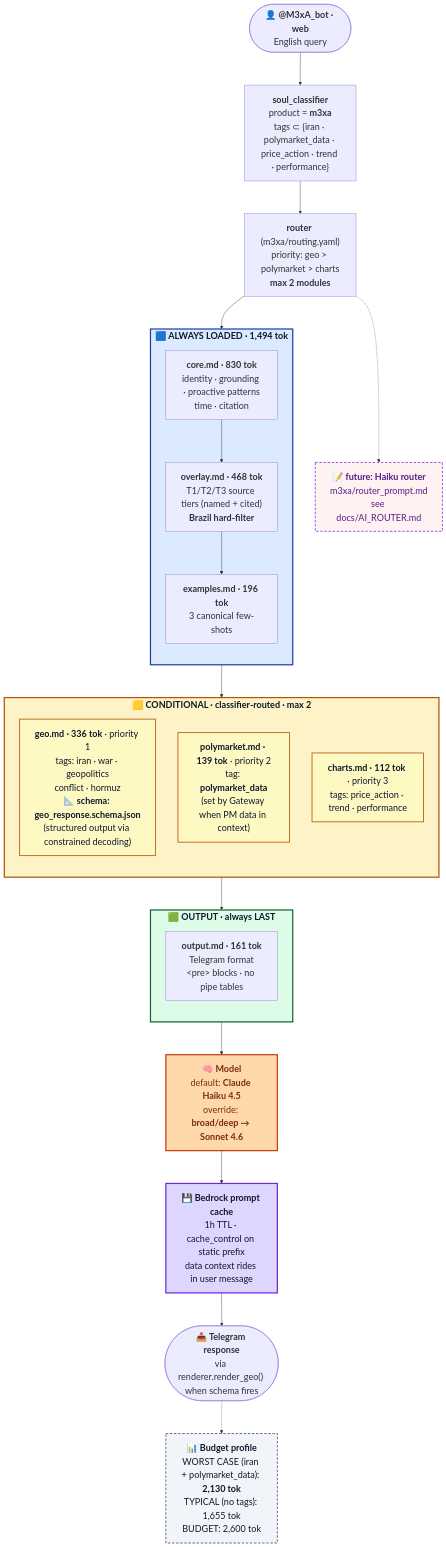
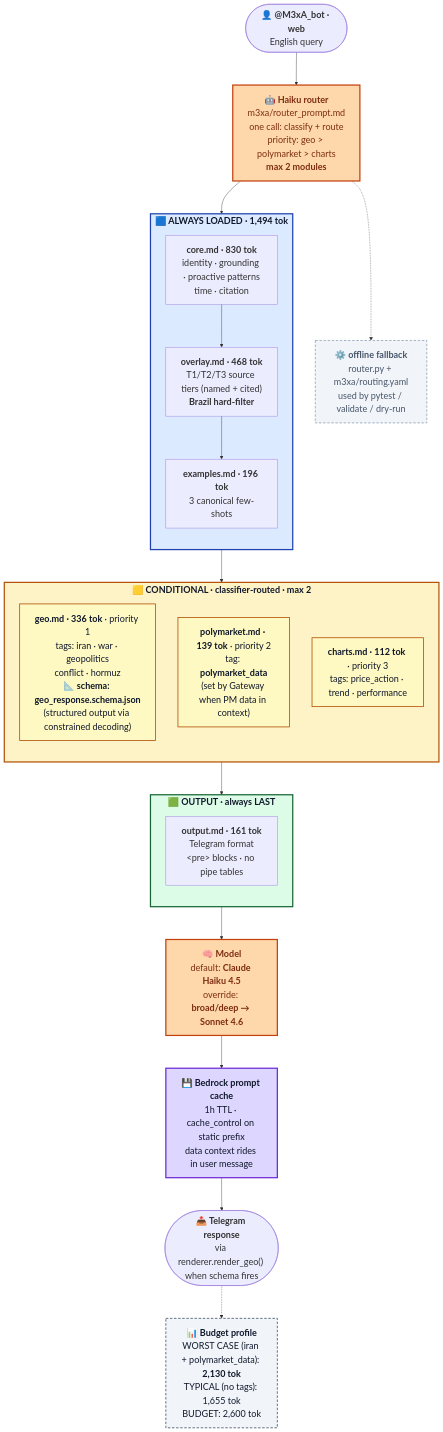
Before and after one commit to prcodex/version3-: the second of 3 diagrams in README.md, drawn with Mermaid. The commit also changed other lines of this file and 6 other files, not shown here.

````diff
--- a/README.md
+++ b/README.md
@@ -109,59 +112,58 @@
 ```mermaid
 %%{init: {'theme': 'default', 'themeVariables': {'fontSize': '22px', 'fontFamily': 'Inter, system-ui, -apple-system, sans-serif'}, 'flowchart': {'htmlLabels': true, 'curve': 'basis', 'nodeSpacing': 55, 'rankSpacing': 80, 'padding': 18}}}%%
 flowchart TB
-    BOT(["<b>👤 @M3xA_bot · web</b><br/>English query"]) --> CLS["<b>soul_classifier</b><br/>product = <b>m3xa</b><br/>tags ⊂ {iran · polymarket_data · price_action · trend · performance}"]
-    CLS --> RTR["<b>router</b> (m3xa/routing.yaml)<br/>priority: geo &gt; polymarket &gt; charts<br/><b>max 2 modules</b>"]
-    RTR -.-> FUT["<b>📝 future: Haiku router</b><br/>m3xa/router_prompt.md<br/>see docs/AI_ROUTER.md"]
+    BOT(["<b>👤 @M3xA_bot · web</b><br/>English query"]) --> RTR["<b>🤖 Haiku router</b><br/>m3xa/router_prompt.md<br/>one call: classify + route<br/>priority: geo &gt; polymarket &gt; charts<br/><b>max 2 modules</b>"]
+    RTR -.-> FALL["<b>⚙️ offline fallback</b><br/>router.py + m3xa/routing.yaml<br/>used by pytest / validate / dry-run"]
 
     subgraph ALWAYS["<b>🟦 ALWAYS LOADED · 1,494 tok</b>"]
         direction TB
         A1["<b>core.md · 830 tok</b><br/>identity · grounding · proactive patterns<br/>time · citation"]
         A2["<b>overlay.md · 468 tok</b><br/>T1/T2/T3 source tiers (named + cited)<br/><b>Brazil hard-filter</b>"]
         A3["<b>examples.md · 196 tok</b><br/>3 canonical few-shots"]
         A1 --> A2 --> A3
     end
 
     subgraph COND["<b>🟨 CONDITIONAL · classifier-routed · max 2</b>"]
         direction TB
         G["<b>geo.md · 336 tok</b> · priority 1<br/>tags: iran · war · geopolitics<br/>conflict · hormuz<br/><b>📐 schema: geo_response.schema.json</b><br/>(structured output via constrained decoding)"]
         P["<b>polymarket.md · 139 tok</b> · priority 2<br/>tag: <b>polymarket_data</b><br/>(set by Gateway when PM data in context)"]
         CH["<b>charts.md · 112 tok</b> · priority 3<br/>tags: price_action · trend · performance"]
     end
 
     subgraph OUTBLK["<b>🟩 OUTPUT · always LAST</b>"]
         direction TB
         OUT["<b>output.md · 161 tok</b><br/>Telegram format<br/>&lt;pre&gt; blocks · no pipe tables"]
     end
 
     RTR --> ALWAYS
     ALWAYS --> COND
     COND --> OUTBLK
     OUTBLK --> MODEL["<b>🧠 Model</b><br/>default: <b>Claude Haiku 4.5</b><br/>override: <b>broad/deep → Sonnet 4.6</b>"]
     MODEL --> CACHE["<b>💾 Bedrock prompt cache</b><br/>1h TTL · cache_control on static prefix<br/>data context rides in user message"]
     CACHE --> GEN(["<b>📤 Telegram response</b><br/>via renderer.render_geo() when schema fires"])
 
     META["<b>📊 Budget profile</b><br/>WORST CASE (iran + polymarket_data): <b>2,130 tok</b><br/>TYPICAL (no tags): 1,655 tok<br/>BUDGET: 2,600 tok"]
     GEN -.-> META
 
     click A1 "https://github.com/prcodex/version3-/blob/main/m3xa/souls/core.md" _blank
     click A2 "https://github.com/prcodex/version3-/blob/main/m3xa/souls/overlay.md" _blank
     click A3 "https://github.com/prcodex/version3-/blob/main/m3xa/souls/examples.md" _blank
     click G "https://github.com/prcodex/version3-/blob/main/m3xa/souls/modules/geo.md" _blank
     click P "https://github.com/prcodex/version3-/blob/main/m3xa/souls/modules/polymarket.md" _blank
     click CH "https://github.com/prcodex/version3-/blob/main/m3xa/souls/modules/charts.md" _blank
     click OUT "https://github.com/prcodex/version3-/blob/main/m3xa/souls/output.md" _blank
-    click RTR "https://github.com/prcodex/version3-/blob/main/m3xa/routing.yaml" _blank
-    click CLS "https://github.com/prcodex/version3-/blob/main/src/m3xa_souls/router.py" _blank
-    click FUT "https://github.com/prcodex/version3-/blob/main/docs/AI_ROUTER.md" _blank
+    click RTR "https://github.com/prcodex/version3-/blob/main/m3xa/router_prompt.md" _blank
+    click FALL "https://github.com/prcodex/version3-/blob/main/m3xa/routing.yaml" _blank
 
     style ALWAYS fill:#dbeafe,stroke:#1e40af,stroke-width:3px,color:#0f172a
     style COND fill:#fef3c7,stroke:#b45309,stroke-width:3px,color:#0f172a
     style OUTBLK fill:#dcfce7,stroke:#166534,stroke-width:3px,color:#0f172a
     style MODEL fill:#fed7aa,stroke:#c2410c,stroke-width:3px,color:#7c2d12
     style CACHE fill:#ddd6fe,stroke:#6d28d9,stroke-width:3px,color:#0f172a
     style META fill:#f1f5f9,stroke:#475569,stroke-width:2px,stroke-dasharray:6 4,color:#0f172a
     style G fill:#fef9c3,stroke:#b45309,stroke-width:2px,color:#0f172a
     style P fill:#fef9c3,stroke:#b45309,stroke-width:2px,color:#0f172a
     style CH fill:#fef9c3,stroke:#b45309,stroke-width:2px,color:#0f172a
-    style FUT fill:#fef2f2,stroke:#9333ea,stroke-width:2px,stroke-dasharray:6 4,color:#581c87
+    style RTR fill:#fed7aa,stroke:#c2410c,stroke-width:3px,color:#7c2d12
+    style FALL fill:#f1f5f9,stroke:#94a3b8,stroke-width:2px,stroke-dasharray:6 4,color:#475569
 ```
````
